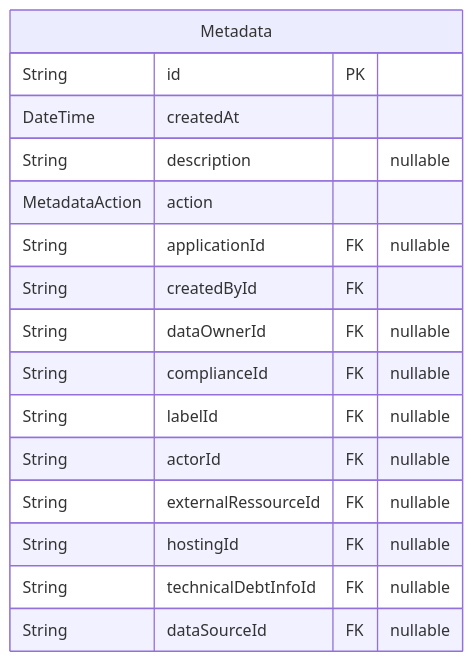
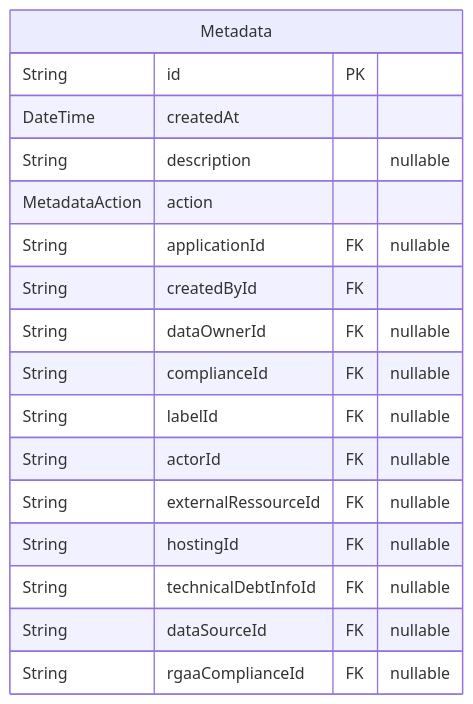
Before and after one commit to dnum-mi/referentiel-applications: the seventh of 13 diagrams in backend/prisma/docs/schema.md, drawn with Mermaid. The commit also changed other lines of this file and 9 other files, not shown here.

````diff
--- a/backend/prisma/docs/schema.md
+++ b/backend/prisma/docs/schema.md
@@ -481,19 +481,20 @@
 ```mermaid
 erDiagram
 "Metadata" {
   String id PK
   DateTime createdAt
   String description "nullable"
   MetadataAction action
   String applicationId FK "nullable"
   String createdById FK
   String dataOwnerId FK "nullable"
   String complianceId FK "nullable"
   String labelId FK "nullable"
   String actorId FK "nullable"
   String externalRessourceId FK "nullable"
   String hostingId FK "nullable"
   String technicalDebtInfoId FK "nullable"
   String dataSourceId FK "nullable"
+  String rgaaComplianceId FK "nullable"
 }
 ```
````
